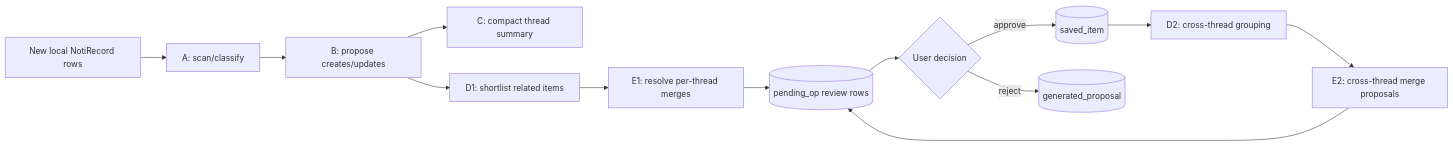
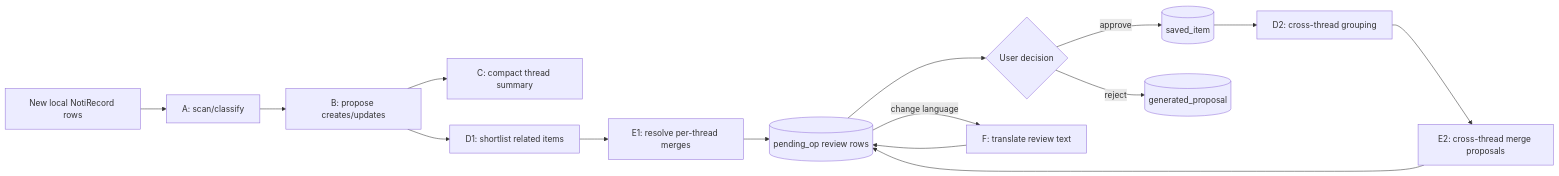
One commit to NotiLLM/Noti changed the diagram in docs/extraction-pipeline.md. Above: the diagram before and after it, drawn with Mermaid. The commit also changed other lines of this file and 23 other files, not shown here.

````diff
--- a/docs/extraction-pipeline.md
+++ b/docs/extraction-pipeline.md
@@ -9,15 +9,17 @@
 ```mermaid
 flowchart LR
     Records[New local NotiRecord rows] --> A[A: scan/classify]
     A --> B[B: propose creates/updates]
     B --> C[C: compact thread summary]
     B --> D1[D1: shortlist related items]
     D1 --> E1[E1: resolve per-thread merges]
     E1 --> Pending[(pending_op review rows)]
     Pending --> User{User decision}
     User -->|approve| Saved[(saved_item)]
     User -->|reject| Decisions[(generated_proposal)]
     Saved --> D2[D2: cross-thread grouping]
     D2 --> E2[E2: cross-thread merge proposals]
     E2 --> Pending
+    Pending -->|change language| F[F: translate review text]
+    F --> Pending
 ```
````
